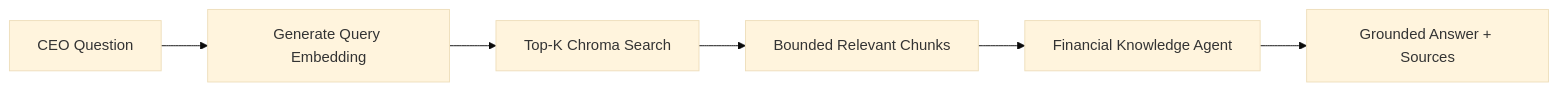
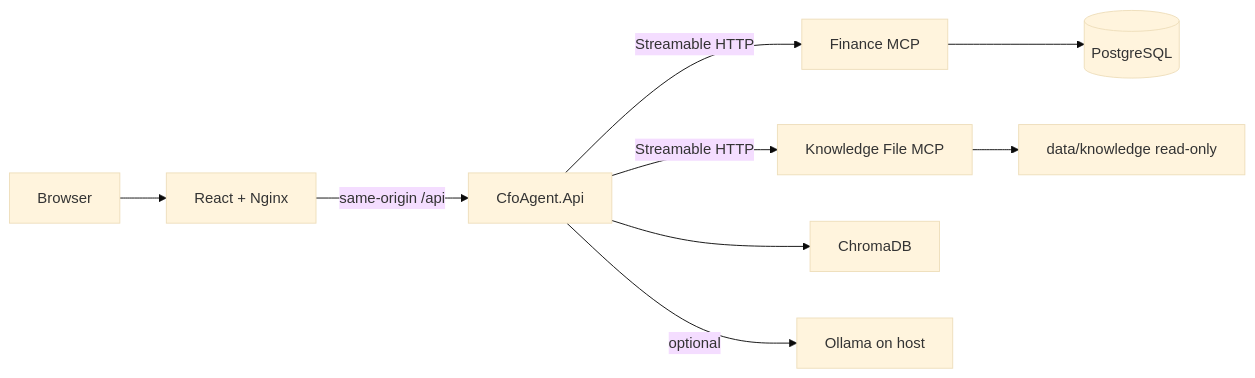
One commit to prabodharandima/ai_agent_cfo changed the diagram in AGENT.md. Above: the diagram before and after it, drawn with Mermaid (base theme). The commit also changed other lines of this file and 104 other files, not shown here.

````diff
--- a/AGENT.md
+++ b/AGENT.md
@@ -739,8 +27,11 @@
 ```mermaid
 flowchart LR
-    QUESTION[CEO Question] --> QEMBED[Generate Query Embedding]
-    QEMBED --> SEARCH[Top-K Chroma Search]
-    SEARCH --> RESULTS[Bounded Relevant Chunks]
-    RESULTS --> KNOWLEDGE[Financial Knowledge Agent]
-    KNOWLEDGE --> ANSWER[Grounded Answer + Sources]
+    Browser --> UI[React + Nginx]
+    UI -->|same-origin /api| API[CfoAgent.Api]
+    API -->|Streamable HTTP| Finance[Finance MCP]
+    API -->|Streamable HTTP| Knowledge[Knowledge File MCP]
+    API --> Chroma[ChromaDB]
+    API -->|optional| Ollama[Ollama on host]
+    Finance --> Postgres[(PostgreSQL)]
+    Knowledge --> Files[data/knowledge read-only]
 ```
````
